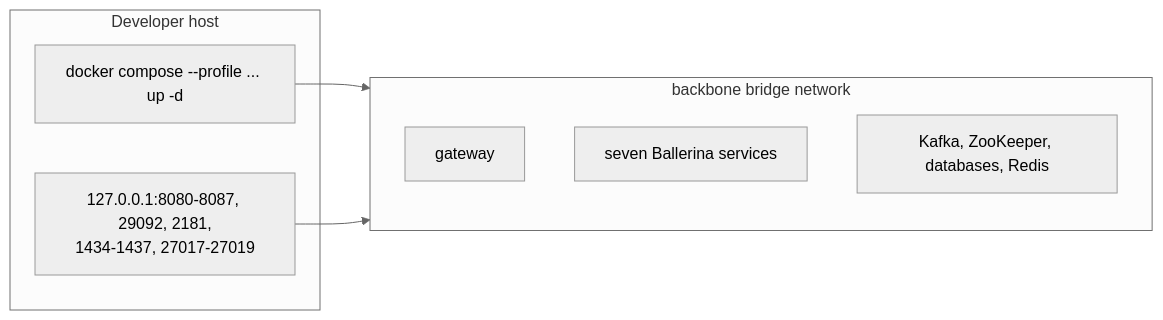
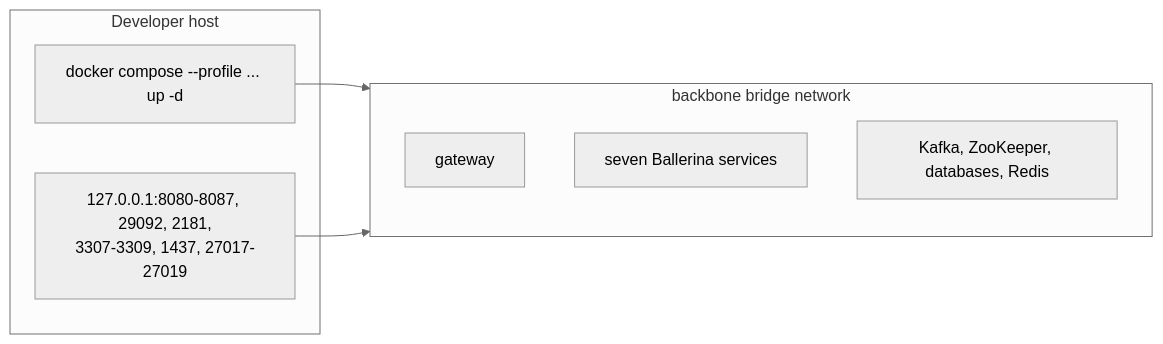
Before and after one commit to Kaptain-codes/Distributed-Systems-Applications: the fourth of 4 diagrams in Assignment-2/README.md, drawn with Mermaid (neutral theme). The commit also changed other lines of this file and 148 other files, not shown here.

````diff
--- a/Assignment-2/README.md
+++ b/Assignment-2/README.md
@@ -117,14 +168,14 @@
 ```mermaid
 flowchart LR
     subgraph Host[Developer host]
         Compose[docker compose --profile ... up -d]
-        Ports[127.0.0.1:8080-8087, 29092, 2181,\n1434-1437, 27017-27019]
+        Ports[127.0.0.1:8080-8087, 29092, 2181,\n3307-3309, 1437, 27017-27019]
     end
     subgraph Net[backbone bridge network]
         G[ gateway ]
         S[ seven Ballerina services ]
         I[ Kafka, ZooKeeper, databases, Redis ]
     end
     Compose --> Net
     Ports --> Net
 ```
````
